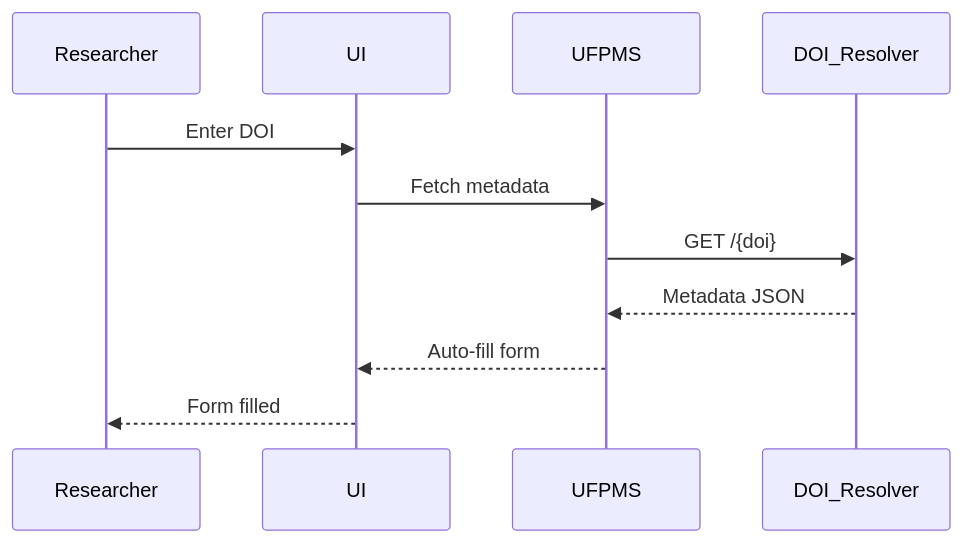
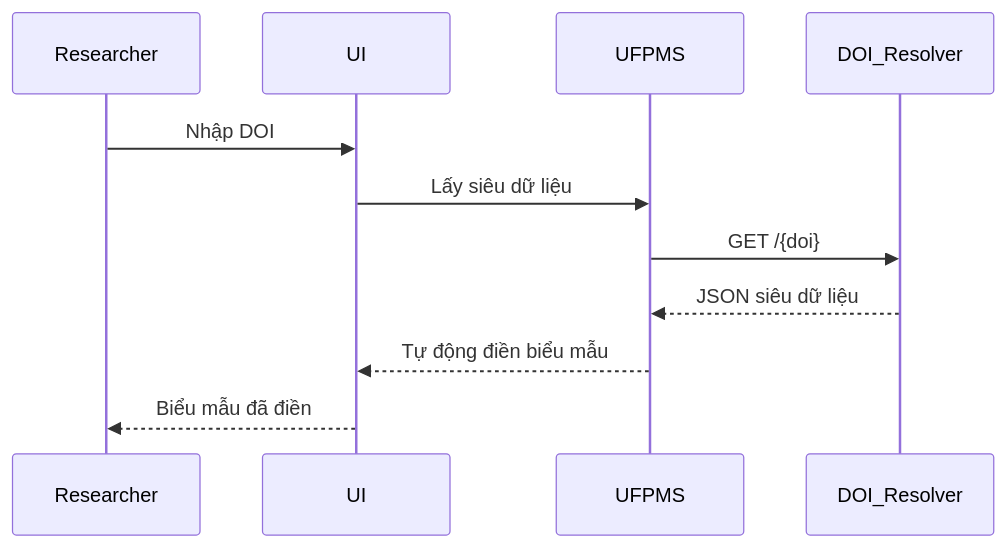
The fourth of 5 diagrams in docs/06_Diagrams/Context/external_integrations.md (Ng0cTh4nhk5/ufpms-docs), drawn with Mermaid before and after one commit. The commit also changed other lines of this file and 70 other files, not shown here.

````diff
--- a/docs/06_Diagrams/Context/external_integrations.md
+++ b/docs/06_Diagrams/Context/external_integrations.md
@@ -223,9 +223,9 @@
 ```mermaid
 sequenceDiagram
-    Researcher->>UI: Enter DOI
-    UI->>UFPMS: Fetch metadata
+    Researcher->>UI: Nhập DOI
+    UI->>UFPMS: Lấy siêu dữ liệu
     UFPMS->>DOI_Resolver: GET /{doi}
-    DOI_Resolver-->>UFPMS: Metadata JSON
-    UFPMS-->>UI: Auto-fill form
-    UI-->>Researcher: Form filled
+    DOI_Resolver-->>UFPMS: JSON siêu dữ liệu
+    UFPMS-->>UI: Tự động điền biểu mẫu
+    UI-->>Researcher: Biểu mẫu đã điền
 ```
````
